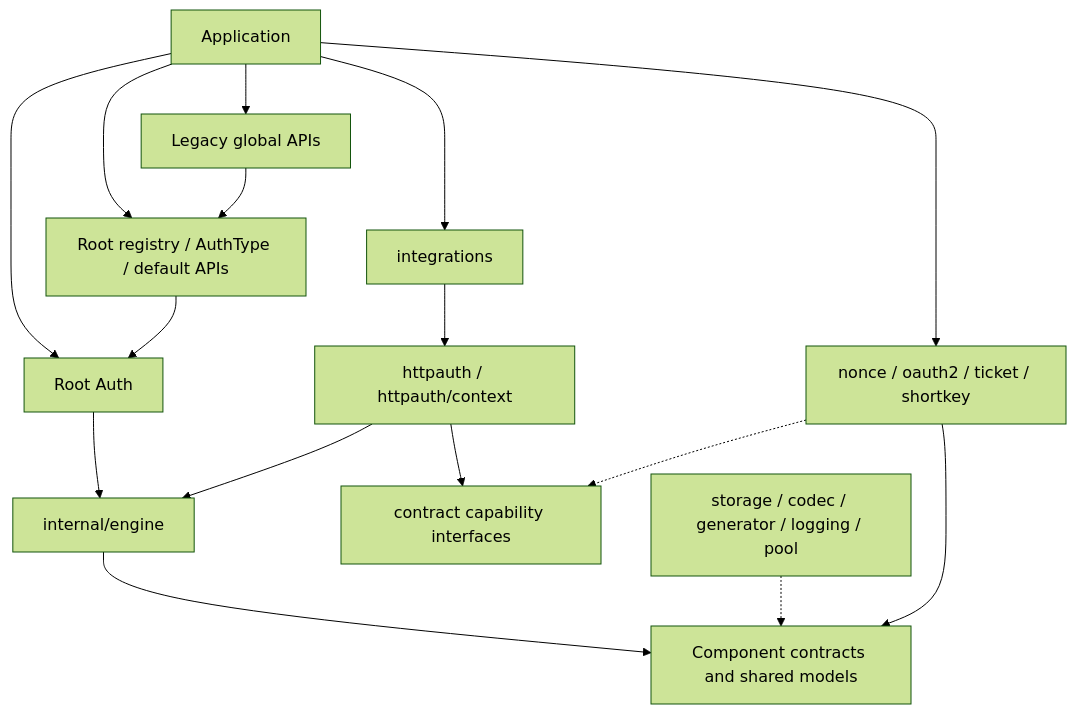
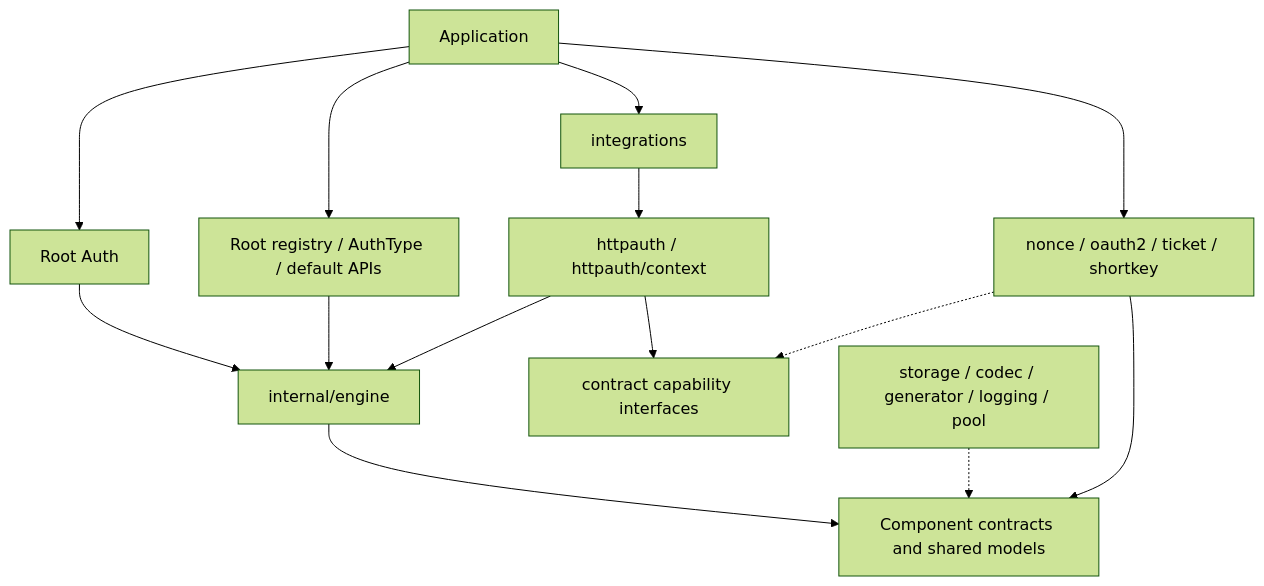
The diagram in docs/design/architecture.md (Zany2/dtoken-go), drawn with Mermaid (forest theme) before and after one commit. The commit also changed other lines of this file and 148 other files, not shown here.

````diff
--- a/docs/design/architecture.md
+++ b/docs/design/architecture.md
@@ -26,18 +26,16 @@
 ```mermaid
 flowchart TD
     App["Application"] --> Auth["Root Auth"]
     App --> Registry["Root registry / AuthType / default APIs"]
-    App --> Global["Legacy global APIs"]
-    Global --> Registry
-    Registry --> Auth
+    Registry --> Engine
     Auth --> Engine["internal/engine"]
     App --> Framework["integrations"]
     Framework --> HTTP["httpauth / httpauth/context"]
     HTTP --> Engine
     HTTP --> CapabilityContracts["contract capability interfaces"]
     App --> Services["nonce / oauth2 / ticket / shortkey"]
     Services -.-> CapabilityContracts
     Services --> Contracts["Component contracts and shared models"]
     Engine --> Contracts
     Components["storage / codec / generator / logging / pool"] -.-> Contracts
 ```
````
